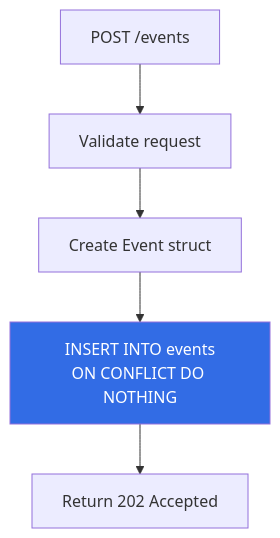
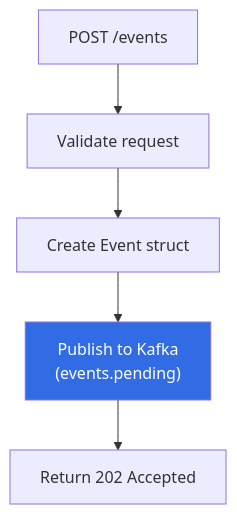
Before and after one commit to felipepmaragno/webhook-service: the seventh of 11 diagrams in docs/architecture.md, drawn with Mermaid. The commit also changed other lines of this file and 2 other files, not shown here.

First line of the commit message:
docs: update documentation for Kafka architecture and intelligent retry

````diff
--- a/docs/architecture.md
+++ b/docs/architecture.md
@@ -260,9 +283,9 @@
 ```mermaid
 flowchart TD
     A["POST /events"] --> B["Validate request"]
     B --> C["Create Event struct"]
-    C --> D["INSERT INTO events<br/>ON CONFLICT DO NOTHING"]
+    C --> D["Publish to Kafka<br/>(events.pending)"]
     D --> E["Return 202 Accepted"]
     
     style D fill:#326ce5,color:#fff
 ```
````
